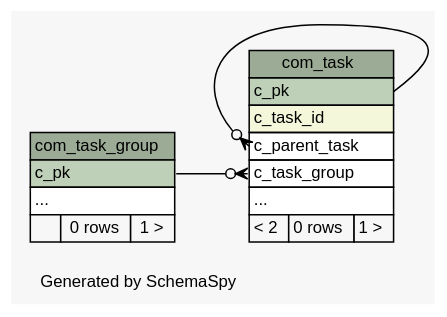
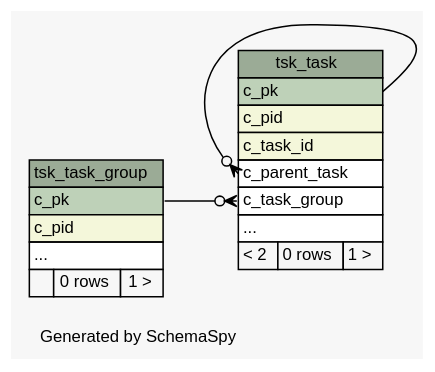
One commit to openwms/org.openwms.common.tasks changed the diagram in 1.0.0-SNAPSHOT/schemaspy/diagrams/summary/relationships.real.compact.dot. Above: the diagram before and after it, drawn with Graphviz. The commit also changed 171 other files, not shown here.

```diff
--- a/1.0.0-SNAPSHOT/schemaspy/diagrams/summary/relationships.real.compact.dot
+++ b/1.0.0-SNAPSHOT/schemaspy/diagrams/summary/relationships.real.compact.dot
@@ -1,49 +1,51 @@
-// dot 2.43.0 on Linux 5.11.0-1021-azure
+// dot 2.43.0 on Linux 5.13.0-1023-azure
 // SchemaSpy rev Unknown
 digraph "compactRelationshipsDiagram" {
   graph [
     rankdir="RL"
     bgcolor="#f7f7f7"
     label="\nGenerated by SchemaSpy"
     labeljust="l"
     nodesep="0.18"
     ranksep="0.46"
     fontname="Helvetica"
     fontsize="11"
   ];
   node [
     fontname="Helvetica"
     fontsize="11"
     shape="plaintext"
   ];
   edge [
     arrowsize="0.8"
   ];
-  "com_task" [
+  "tsk_task" [
     label=<
     <TABLE BORDER="0" CELLBORDER="1" CELLSPACING="0" BGCOLOR="#ffffff">
-      <TR><TD COLSPAN="3" BGCOLOR="#9bab96" ALIGN="CENTER">com_task</TD></TR>
+      <TR><TD COLSPAN="3" BGCOLOR="#9bab96" ALIGN="CENTER">tsk_task</TD></TR>
       <TR><TD PORT="c_pk" COLSPAN="3" BGCOLOR="#bed1b8" ALIGN="LEFT">c_pk</TD></TR>
+      <TR><TD PORT="c_pid" COLSPAN="3" BGCOLOR="#f4f7da" ALIGN="LEFT">c_pid</TD></TR>
       <TR><TD PORT="c_task_id" COLSPAN="3" BGCOLOR="#f4f7da" ALIGN="LEFT">c_task_id</TD></TR>
       <TR><TD PORT="c_parent_task" COLSPAN="3" ALIGN="LEFT">c_parent_task</TD></TR>
       <TR><TD PORT="c_task_group" COLSPAN="3" ALIGN="LEFT">c_task_group</TD></TR>
       <TR><TD PORT="elipses" COLSPAN="3" ALIGN="LEFT">...</TD></TR>
       <TR><TD ALIGN="LEFT" BGCOLOR="#f7f7f7">&lt; 2</TD><TD ALIGN="RIGHT" BGCOLOR="#f7f7f7">0 rows</TD><TD ALIGN="RIGHT" BGCOLOR="#f7f7f7">1 &gt;</TD></TR>
     </TABLE>>
-    URL="tables/com_task.html"
-    tooltip="com_task"
+    URL="tables/tsk_task.html"
+    tooltip="tsk_task"
   ];
-  "com_task_group" [
+  "tsk_task_group" [
     label=<
     <TABLE BORDER="0" CELLBORDER="1" CELLSPACING="0" BGCOLOR="#ffffff">
-      <TR><TD COLSPAN="3" BGCOLOR="#9bab96" ALIGN="CENTER">com_task_group</TD></TR>
+      <TR><TD COLSPAN="3" BGCOLOR="#9bab96" ALIGN="CENTER">tsk_task_group</TD></TR>
       <TR><TD PORT="c_pk" COLSPAN="3" BGCOLOR="#bed1b8" ALIGN="LEFT">c_pk</TD></TR>
+      <TR><TD PORT="c_pid" COLSPAN="3" BGCOLOR="#f4f7da" ALIGN="LEFT">c_pid</TD></TR>
       <TR><TD PORT="elipses" COLSPAN="3" ALIGN="LEFT">...</TD></TR>
       <TR><TD ALIGN="LEFT" BGCOLOR="#f7f7f7">  </TD><TD ALIGN="RIGHT" BGCOLOR="#f7f7f7">0 rows</TD><TD ALIGN="RIGHT" BGCOLOR="#f7f7f7">1 &gt;</TD></TR>
     </TABLE>>
-    URL="tables/com_task_group.html"
-    tooltip="com_task_group"
+    URL="tables/tsk_task_group.html"
+    tooltip="tsk_task_group"
   ];
-  "com_task":"c_parent_task":w -> "com_task":"c_pk":e [arrowhead=none dir=back arrowtail=crowodot];
-  "com_task":"c_task_group":w -> "com_task_group":"c_pk":e [arrowhead=none dir=back arrowtail=crowodot];
+  "tsk_task":"c_parent_task":w -> "tsk_task":"c_pk":e [arrowhead=none dir=back arrowtail=crowodot];
+  "tsk_task":"c_task_group":w -> "tsk_task_group":"c_pk":e [arrowhead=none dir=back arrowtail=crowodot];
 }
```
